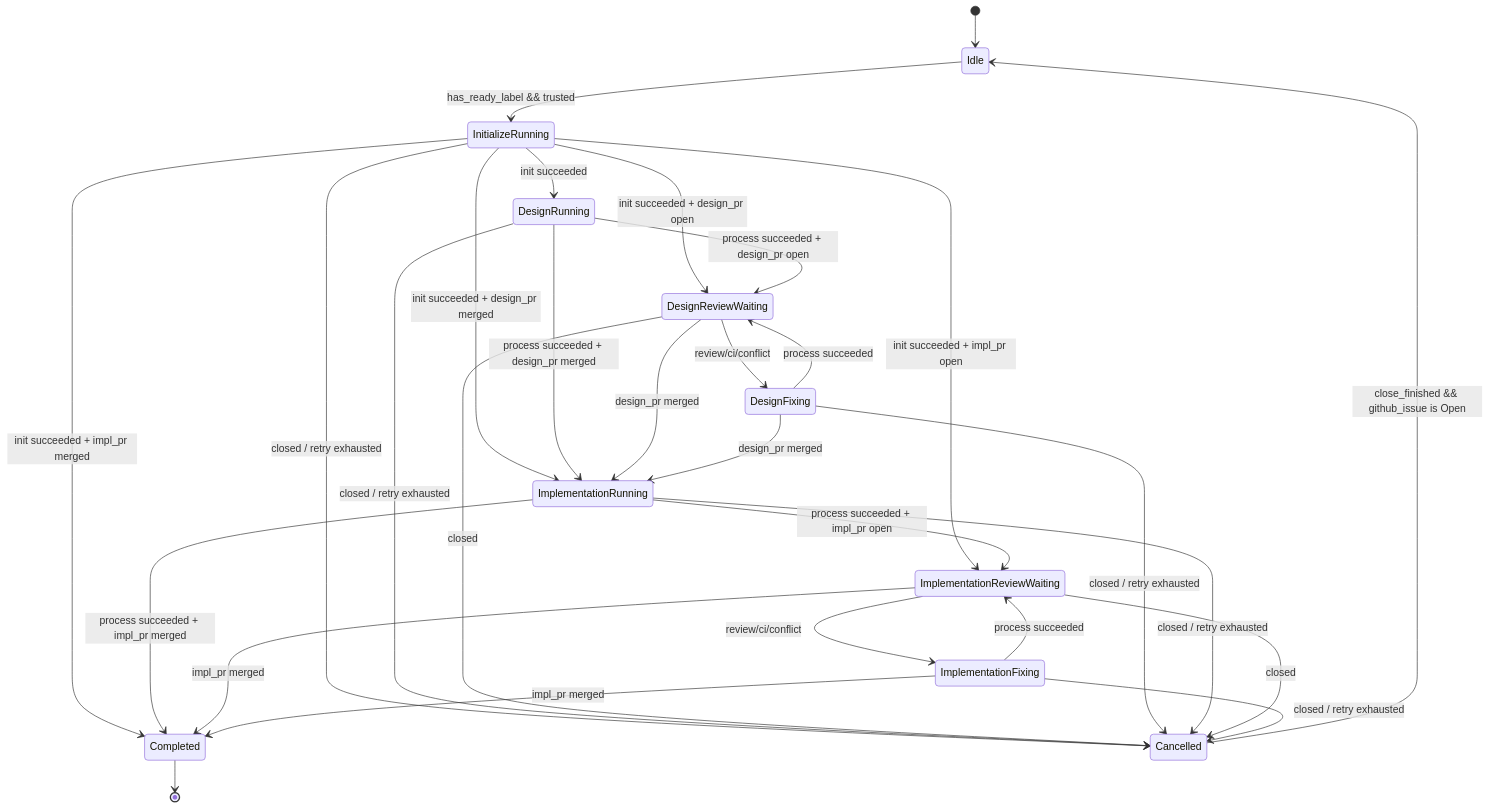
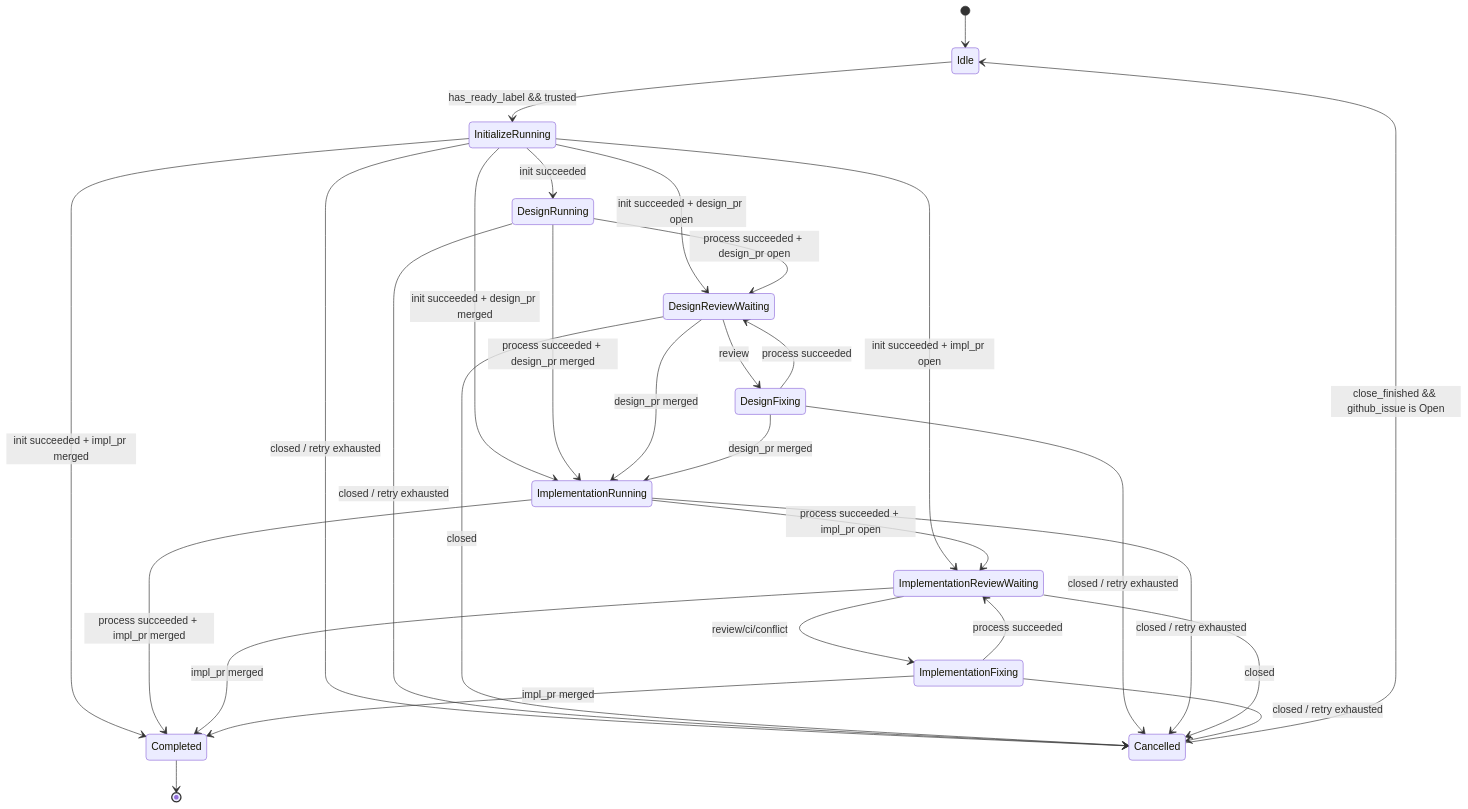
The diagram in docs/architecture/state-machine.md (kyuki3rain/cupola), drawn with Mermaid before and after one commit. The commit also changed other lines of this file and 6 other files, not shown here.

First line of the commit message:
fix: design PR should target impl branch and ignore CI/conflict

````diff
--- a/docs/architecture/state-machine.md
+++ b/docs/architecture/state-machine.md
@@ -7,37 +7,37 @@
 ```mermaid
 stateDiagram-v2
     [*] --> Idle
     Idle --> InitializeRunning: has_ready_label && trusted
 
     InitializeRunning --> DesignRunning: init succeeded
     InitializeRunning --> DesignReviewWaiting: init succeeded + design_pr open
     InitializeRunning --> ImplementationRunning: init succeeded + design_pr merged
     InitializeRunning --> ImplementationReviewWaiting: init succeeded + impl_pr open
     InitializeRunning --> Completed: init succeeded + impl_pr merged
 
     DesignRunning --> DesignReviewWaiting: process succeeded + design_pr open
     DesignRunning --> ImplementationRunning: process succeeded + design_pr merged
-    DesignReviewWaiting --> DesignFixing: review/ci/conflict
+    DesignReviewWaiting --> DesignFixing: review
     DesignReviewWaiting --> ImplementationRunning: design_pr merged
     DesignFixing --> DesignReviewWaiting: process succeeded
     DesignFixing --> ImplementationRunning: design_pr merged
 
     ImplementationRunning --> ImplementationReviewWaiting: process succeeded + impl_pr open
     ImplementationRunning --> Completed: process succeeded + impl_pr merged
     ImplementationReviewWaiting --> ImplementationFixing: review/ci/conflict
     ImplementationReviewWaiting --> Completed: impl_pr merged
     ImplementationFixing --> ImplementationReviewWaiting: process succeeded
     ImplementationFixing --> Completed: impl_pr merged
 
     Completed --> [*]
 
     InitializeRunning --> Cancelled: closed / retry exhausted
     DesignRunning --> Cancelled: closed / retry exhausted
     DesignReviewWaiting --> Cancelled: closed
     DesignFixing --> Cancelled: closed / retry exhausted
     ImplementationRunning --> Cancelled: closed / retry exhausted
     ImplementationReviewWaiting --> Cancelled: closed
     ImplementationFixing --> Cancelled: closed / retry exhausted
 
     Cancelled --> Idle: close_finished && github_issue is Open
 ```
````
